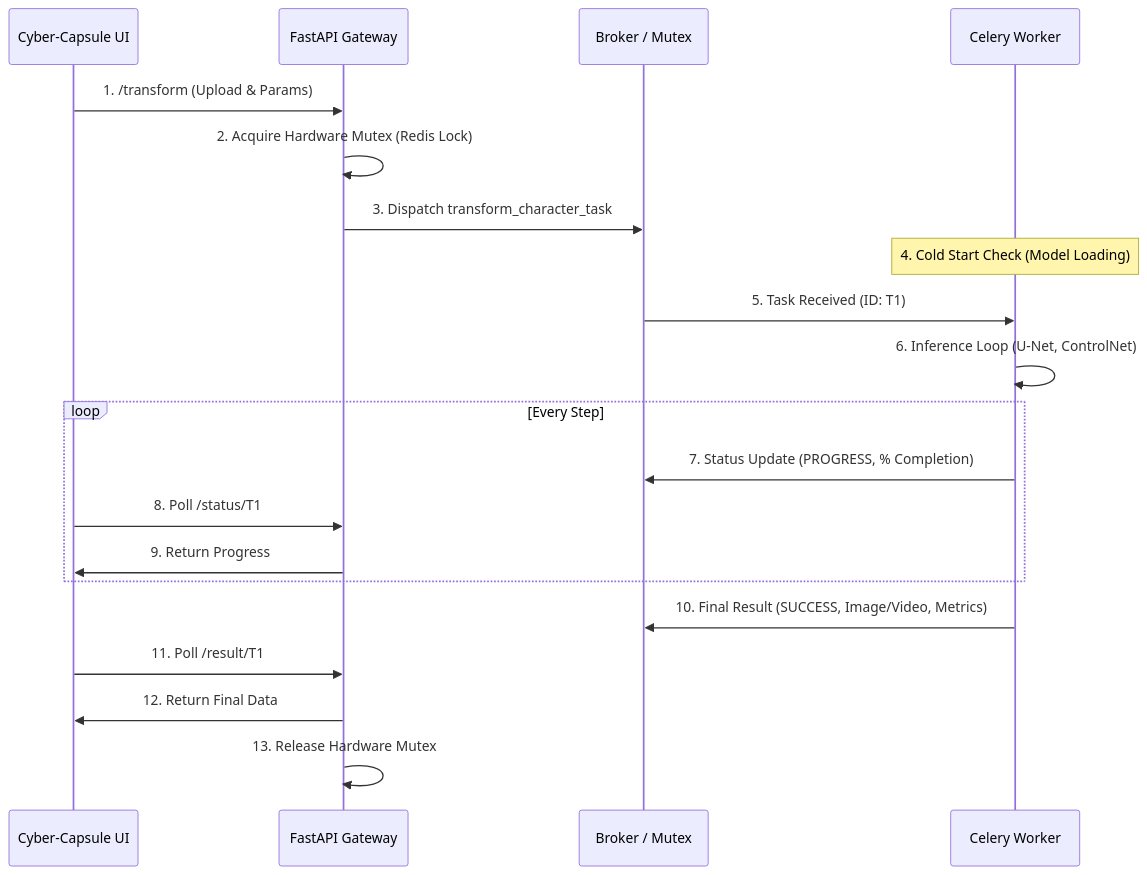
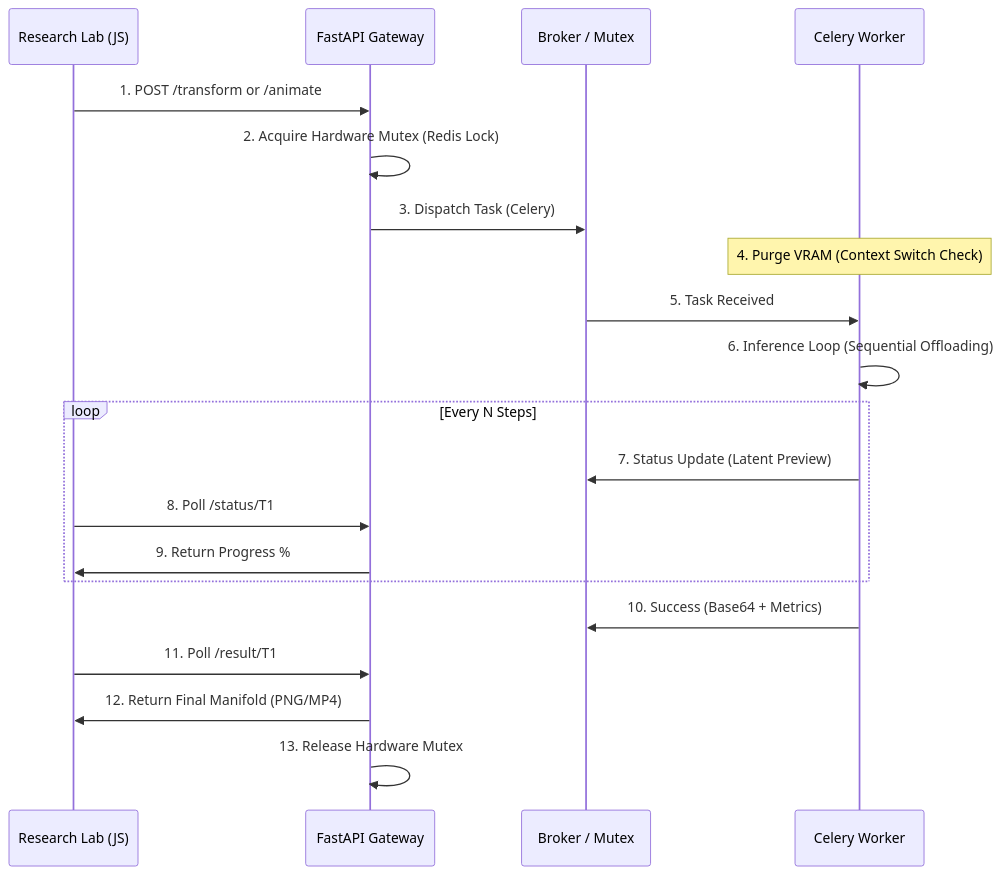
The third of 3 diagrams in README.md (enriquegonzalezgutierrez/z_realism_ai), drawn with Mermaid before and after one commit. The commit also changed other lines of this file and 20 other files, not shown here.

First line of the commit message:
feat(ui): overhaul to modular "Research Institute" architecture v20.5

````diff
--- a/README.md
+++ b/README.md
@@ -103,23 +91,23 @@
 ```mermaid
 sequenceDiagram
-    participant UI as Cyber-Capsule UI
+    participant UI as Research Lab (JS)
     participant API as FastAPI Gateway
     participant Redis as Broker / Mutex
     participant Worker as Celery Worker
     
-    UI->>API: 1. /transform (Upload & Params)
+    UI->>API: 1. POST /transform or /animate
     API->>API: 2. Acquire Hardware Mutex (Redis Lock)
-    API->>Redis: 3. Dispatch transform_character_task
-    Note over Worker: 4. Cold Start Check (Model Loading)
-    Redis->>Worker: 5. Task Received (ID: T1)
-    Worker->>Worker: 6. Inference Loop (U-Net, ControlNet)
-    loop Every Step
-        Worker->>Redis: 7. Status Update (PROGRESS, % Completion)
+    API->>Redis: 3. Dispatch Task (Celery)
+    Note over Worker: 4. Purge VRAM (Context Switch Check)
+    Redis->>Worker: 5. Task Received
+    Worker->>Worker: 6. Inference Loop (Sequential Offloading)
+    loop Every N Steps
+        Worker->>Redis: 7. Status Update (Latent Preview)
         UI->>API: 8. Poll /status/T1
-        API->>UI: 9. Return Progress
+        API->>UI: 9. Return Progress %
     end
-    Worker->>Redis: 10. Final Result (SUCCESS, Image/Video, Metrics)
+    Worker->>Redis: 10. Success (Base64 + Metrics)
     UI->>API: 11. Poll /result/T1
-    API->>UI: 12. Return Final Data
+    API->>UI: 12. Return Final Manifold (PNG/MP4)
     API->>API: 13. Release Hardware Mutex
 ```
````
